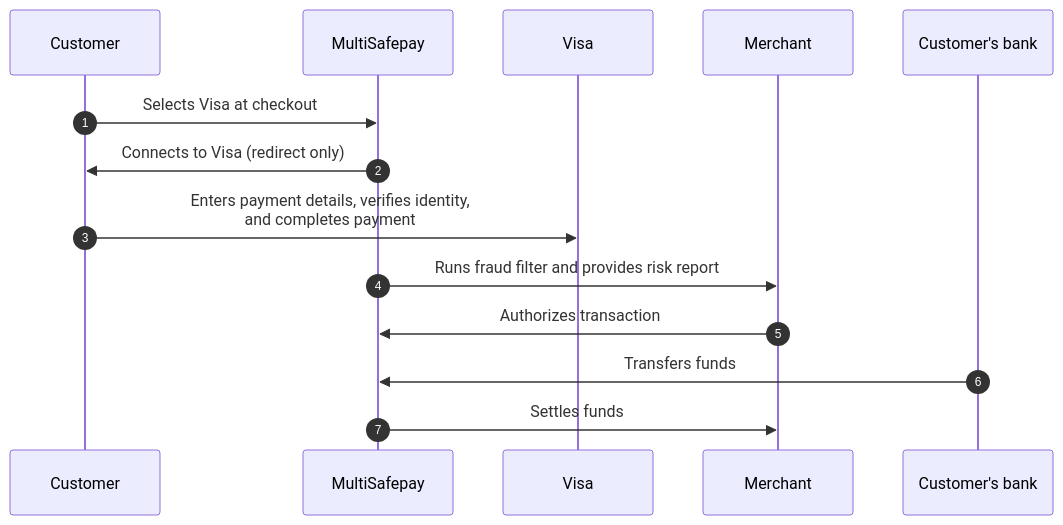
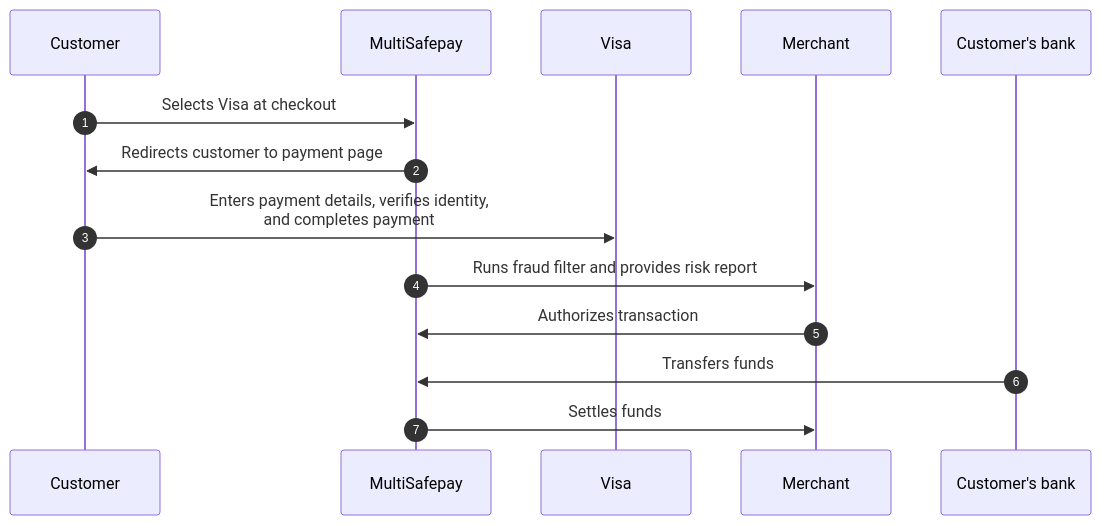
One commit to MultiSafepay/docs changed the diagram in content/payments/methods/credit-and-debit-cards/visa/payment-flow.md. Above: the diagram before and after it, drawn with Mermaid. The commit also changed other lines of this file and 20 other files, not shown here.

```diff
--- a/content/payments/methods/credit-and-debit-cards/visa/payment-flow.md
+++ b/content/payments/methods/credit-and-debit-cards/visa/payment-flow.md
@@ -16,20 +16,20 @@
 {{< mermaid class="text-center" >}}
 
 sequenceDiagram
     autonumber
     participant C as Customer
     participant Mu as MultiSafepay
     participant V as Visa
     participant Me as Merchant
     participant CB as Customer's bank
 
     C->>Mu: Selects Visa at checkout
-    Mu->>C: Connects to Visa (redirect only)
+    Mu->>C: Redirects customer to payment page
     C->>V: Enters payment details, verifies identity, <br> and completes payment
     Mu->>Me: Runs fraud filter and provides risk report
     Me->>Mu: Authorizes transaction
     CB->>Mu: Transfers funds 
     Mu->>Me: Settles funds
        
 
 {{< /mermaid >}}
```
